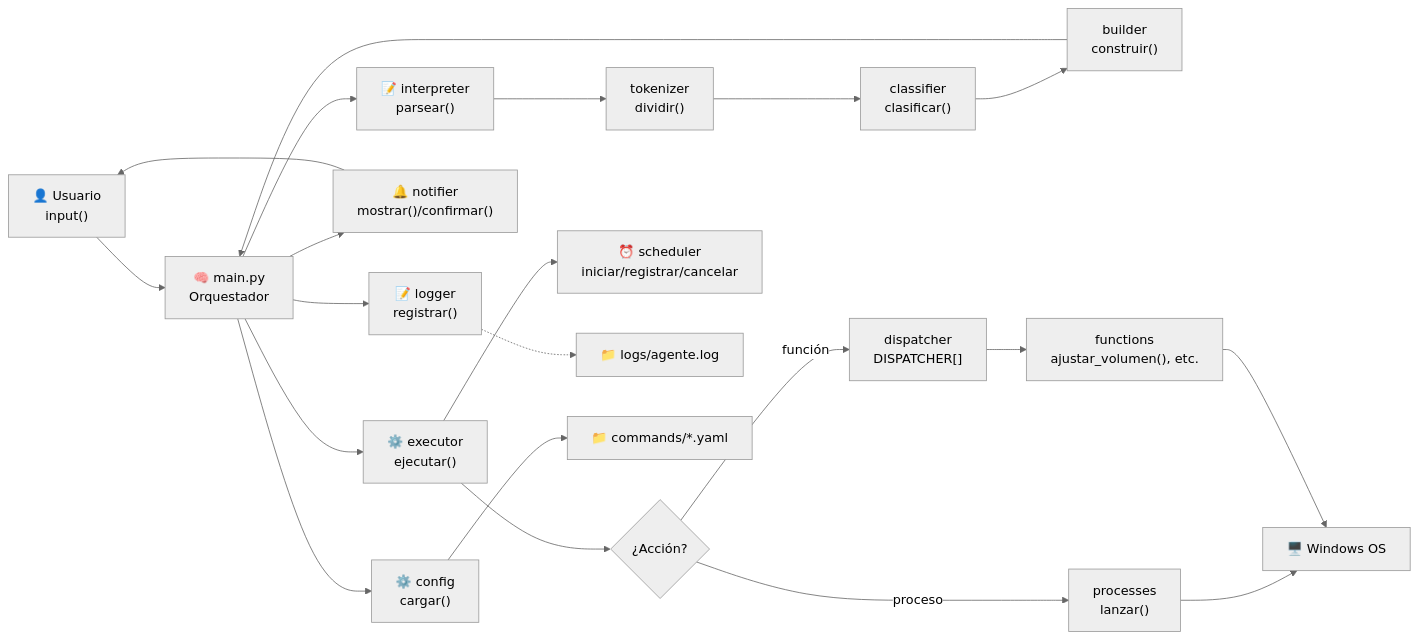
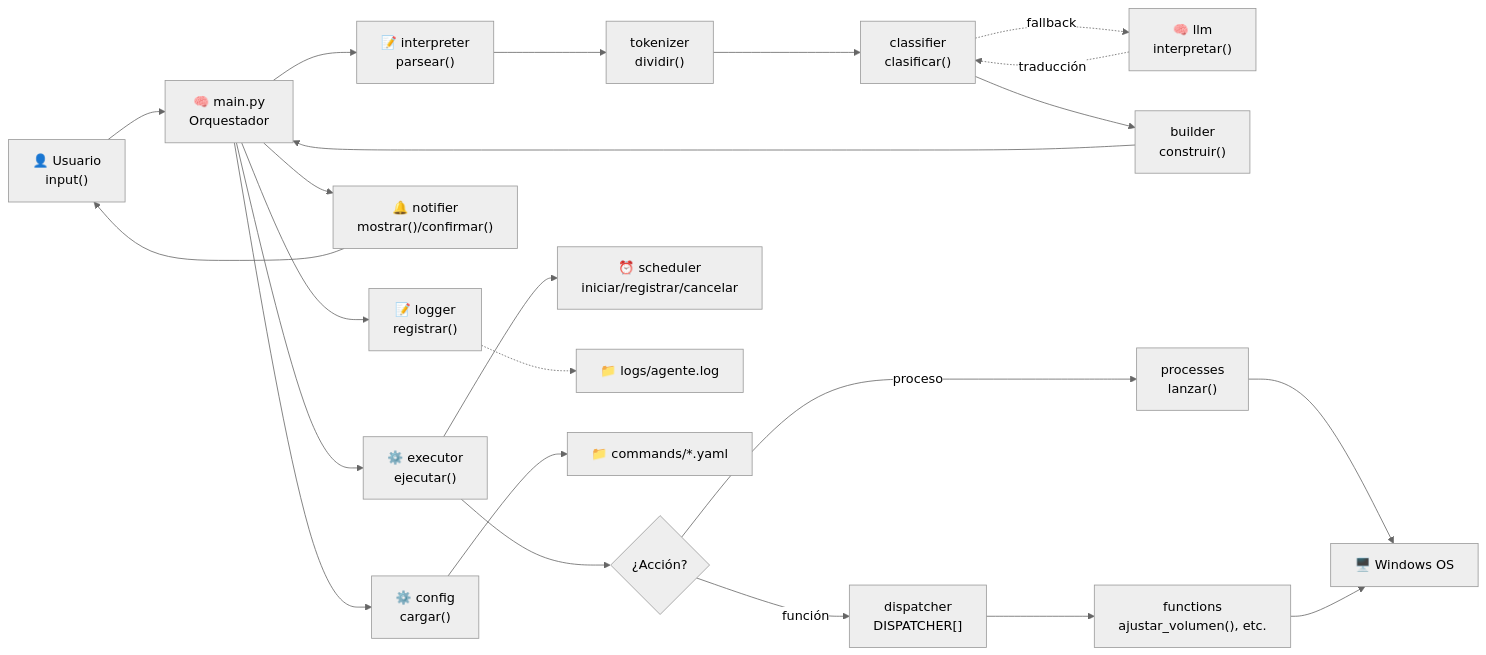
The first of 3 diagrams in spec/architecture.md (AlejandroGuevara-hub/Own_Agent), drawn with Mermaid (neutral theme) before and after one commit. The commit also changed other lines of this file and 14 other files, not shown here.

Commit message:
feat: Fase 2 - LLM local con Ollama como fallback

````diff
--- a/spec/architecture.md
+++ b/spec/architecture.md
@@ -5,23 +5,25 @@
 ```mermaid
 flowchart LR
     A["👤 Usuario<br/>input()"] --> B["🧠 main.py<br/>Orquestador"]
     B --> C["📝 interpreter<br/>parsear()"]
     C --> C1["tokenizer<br/>dividir()"]
     C1 --> C2["classifier<br/>clasificar()"]
+    C2 -.->|"fallback"| LLM["🧠 llm<br/>interpretar()"]
+    LLM -.->|"traducción"| C2
     C2 --> C3["builder<br/>construir()"]
     C3 --> B
     B --> D["⚙️ executor<br/>ejecutar()"]
     D --> D1{"¿Acción?"}
     D1 -->|"proceso"| D2["processes<br/>lanzar()"]
     D1 -->|"función"| D3["dispatcher<br/>DISPATCHER[]"]
     D3 --> D4["functions<br/>ajustar_volumen(), etc."]
     D2 --> OS["🖥️ Windows OS"]
     D4 --> OS
     D --> E["⏰ scheduler<br/>iniciar/registrar/cancelar"]
     B --> F["🔔 notifier<br/>mostrar()/confirmar()"]
     F --> A
     B --> L["📝 logger<br/>registrar()"]
     L -.-> LOG["📁 logs/agente.log"]
     B --> G["⚙️ config<br/>cargar()"]
     G --> H["📁 commands/*.yaml"]
 ```
````
